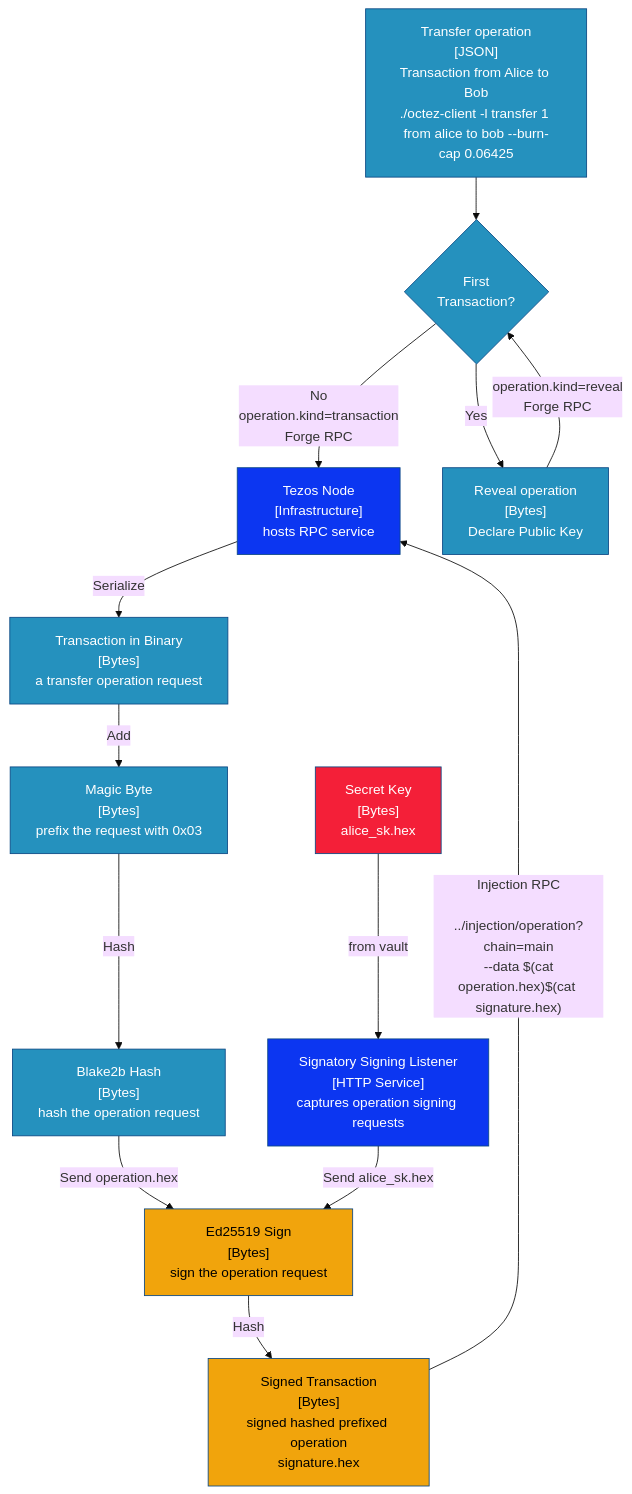
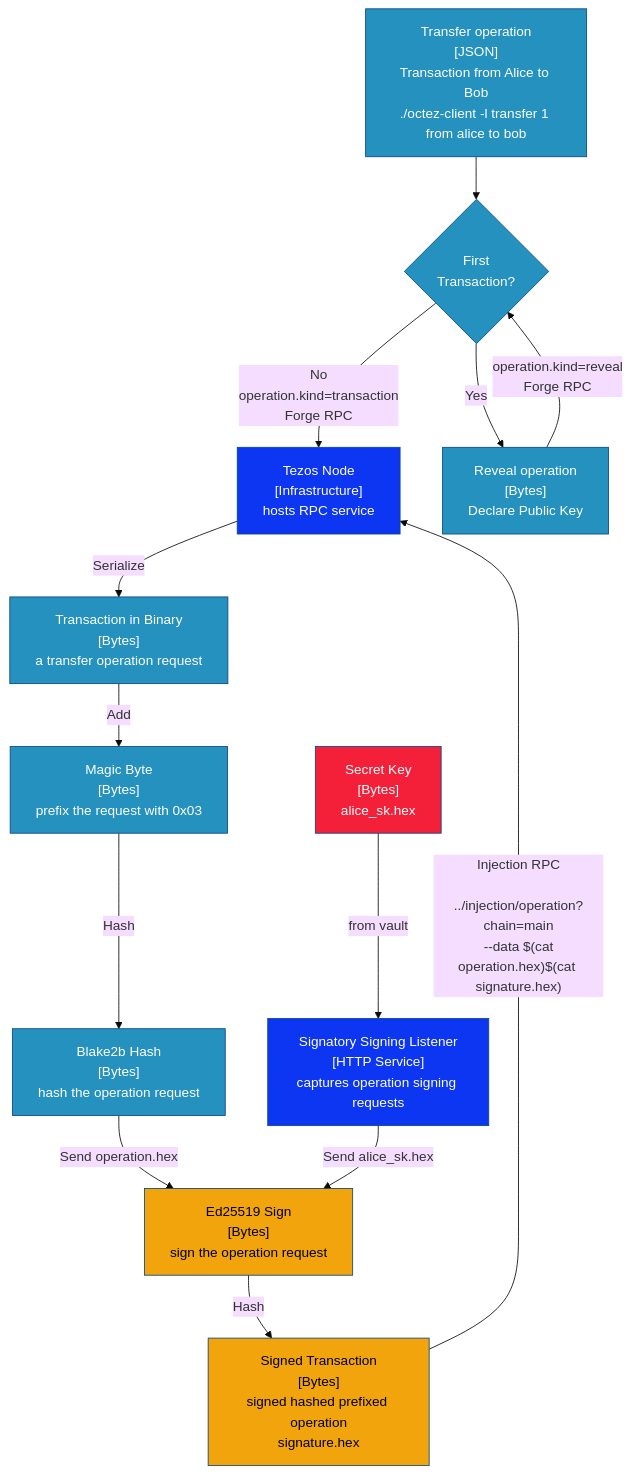
Before and after one commit to ecadlabs/signatory: the fourth of 5 diagrams in docs/signatory-architecture.md, drawn with Mermaid (base theme).

Commit message:
remove burn cap from dagram

````diff
--- a/docs/signatory-architecture.md
+++ b/docs/signatory-architecture.md
@@ -207,56 +207,56 @@
 ```mermaid
 flowchart TB
 TJ["Transfer operation
 [JSON]
-Transaction from Alice to Bob<br>./octez-client -l transfer 1 from alice to bob --burn-cap 0.06425"]
+Transaction from Alice to Bob<br>./octez-client -l transfer 1 from alice to bob"]
 TN["Tezos Node
 [Infrastructure]
 hosts RPC service"]
 FT{First<br>Transaction?}
 Reveal["Reveal operation
 [Bytes]
 Declare Public Key "]
 TB["Transaction in Binary
 [Bytes]
 a transfer operation request"]
 W["Magic Byte 
 [Bytes]
 prefix the request with 0x03"]
 B["Blake2b Hash
 [Bytes]
 hash the operation request"]
 ED["Ed25519 Sign
 [Bytes]
 sign the operation request"]
 SK["Secret Key
 [Bytes]
 alice_sk.hex"]
 SIGNATORY["Signatory Signing Listener
 [HTTP Service]
 captures operation signing requests"]
 ST["Signed Transaction
 [Bytes]
 signed hashed prefixed operation
 signature.hex"]
 TJ --> FT
 FT -- "No<br>operation.kind=transaction<br>Forge RPC" --> TN 
 FT -- "Yes" --> Reveal 
 Reveal -- "operation.kind=reveal<br>Forge RPC" --> FT
 TN-- "Serialize" -->TB
 TB-- "Add" -->W
 W-- "Hash" -->B
 B-- "Send operation.hex" -->ED
 SK-- "from vault" -->SIGNATORY
 SIGNATORY-- "Send alice_sk.hex" -->ED
 ED--"Hash " -->ST
 ST-- "Injection RPC<br>
 ../injection/operation?chain=main<br> --data $(cat operation.hex)$(cat signature.hex)" -->TN
 classDef node fill:#0C36F1,stroke:#0b4884,color:#ffffff
 classDef key fill:#F41F38,stroke:#0b4884,color:#ffffff
 classDef transaction fill:#2591BE,stroke:#0b4884,color:#ffffff
 classDef signature fill:#F1A40C,stroke:#0b4884,color:#000000
 class FT,Reveal,TJ,TB,W,B transaction
 class TN node
 class SK key
 class ED,SIG,ST signature
 ```
````
